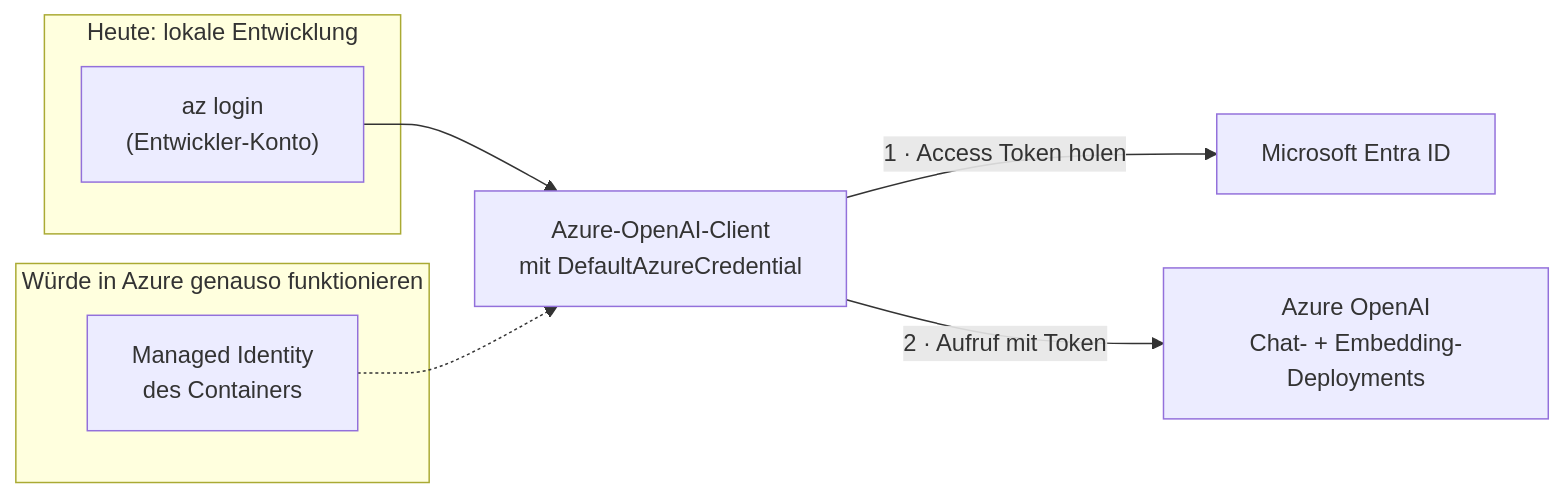
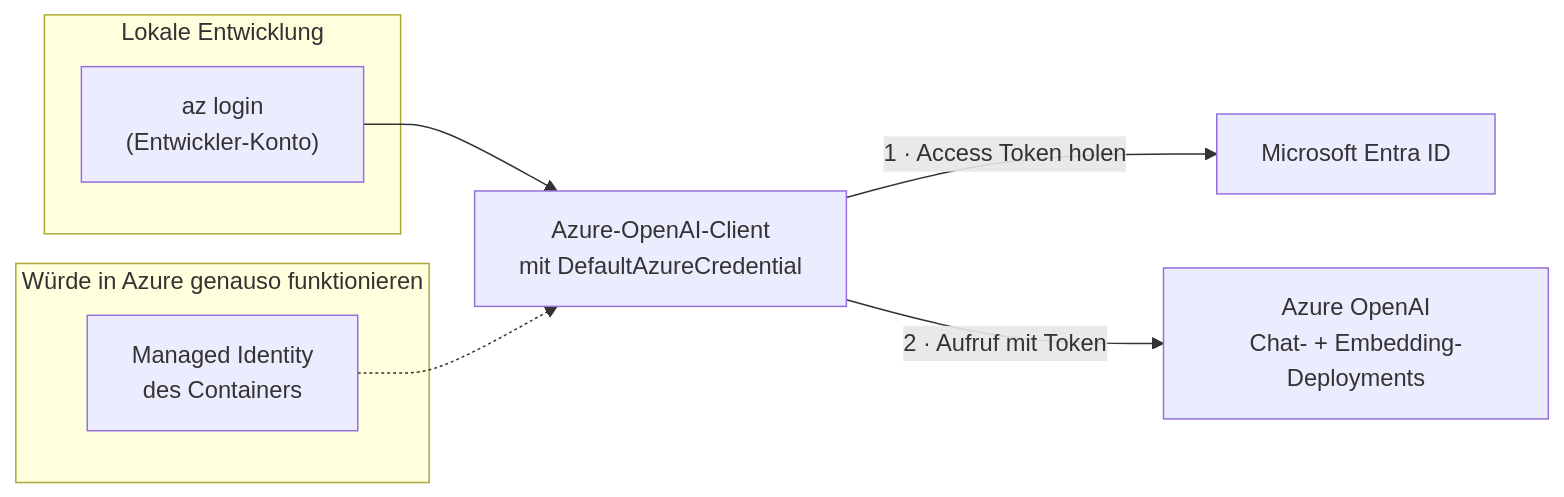
The sixth of 10 diagrams in README.md (MyOnlineRepo/RAG-API), drawn with Mermaid before and after one commit. The commit also changed other lines of this file and 3 other files, not shown here.

````diff
--- a/README.md
+++ b/README.md
@@ -123,13 +184,13 @@
 ```mermaid
 flowchart LR
-    subgraph local["Heute: lokale Entwicklung"]
+    subgraph local["Lokale Entwicklung"]
         Dev["az login<br/>(Entwickler-Konto)"]
     end
     subgraph azure["Würde in Azure genauso funktionieren"]
         MI["Managed Identity<br/>des Containers"]
     end
     Dev --> DAC["Azure-OpenAI-Client<br/>mit DefaultAzureCredential"]
     MI -.-> DAC
     DAC -->|"1 · Access Token holen"| Entra["Microsoft Entra ID"]
     DAC -->|"2 · Aufruf mit Token"| AOAI["Azure OpenAI<br/>Chat- + Embedding-Deployments"]
 ```
````
